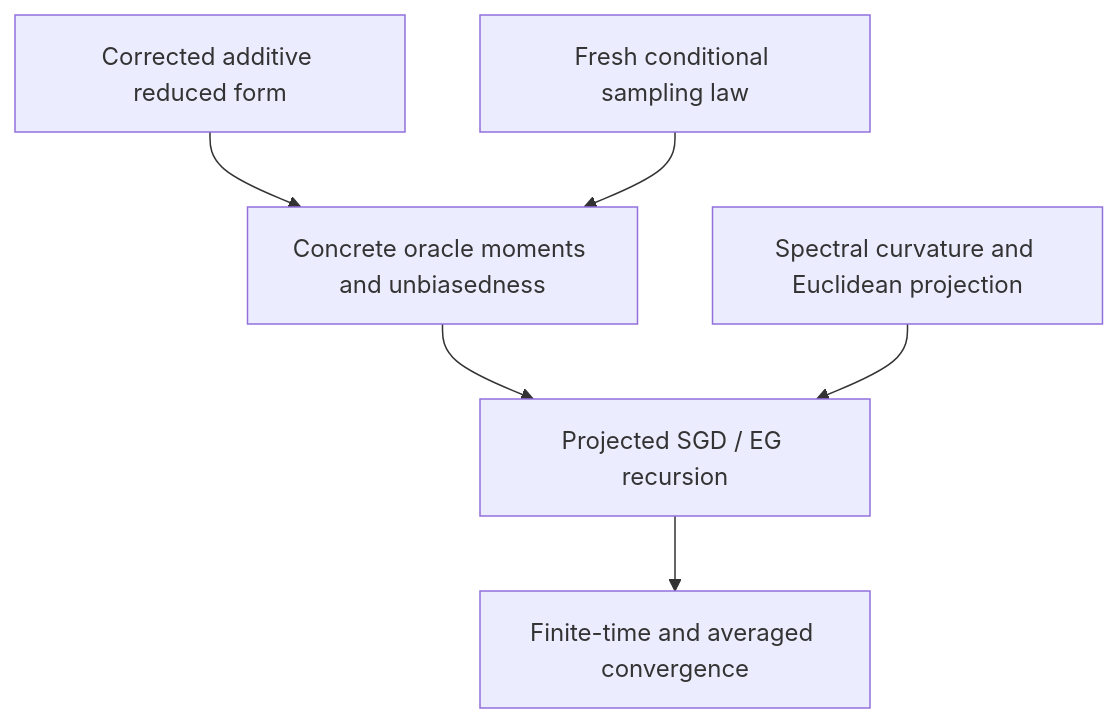
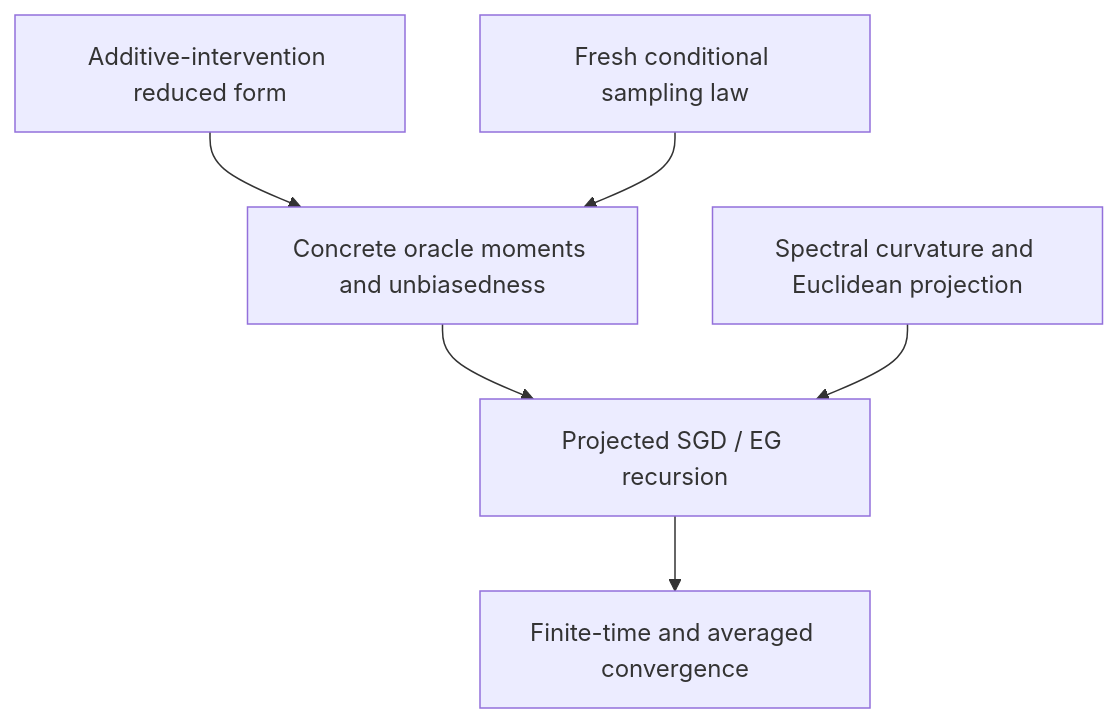
One commit to Eleanoreee/NegDROFormalization changed the diagram in README.md. Above: the diagram before and after it, drawn with Mermaid. The commit also changed other lines of this file, not shown here.

````diff
--- a/README.md
+++ b/README.md
@@ -142,15 +141,15 @@
 ```mermaid
 flowchart TD
-  SEM["Corrected additive reduced form"]
+  SEM["Additive-intervention reduced form"]
   LAW["Fresh conditional sampling law"]
   MOM["Concrete oracle moments and unbiasedness"]
   GEO["Spectral curvature and Euclidean projection"]
   ALG["Projected SGD / EG recursion"]
   CONV["Finite-time and averaged convergence"]
 
   SEM --> MOM
   LAW --> MOM
   MOM --> ALG
   GEO --> ALG
   ALG --> CONV
 ```
````
